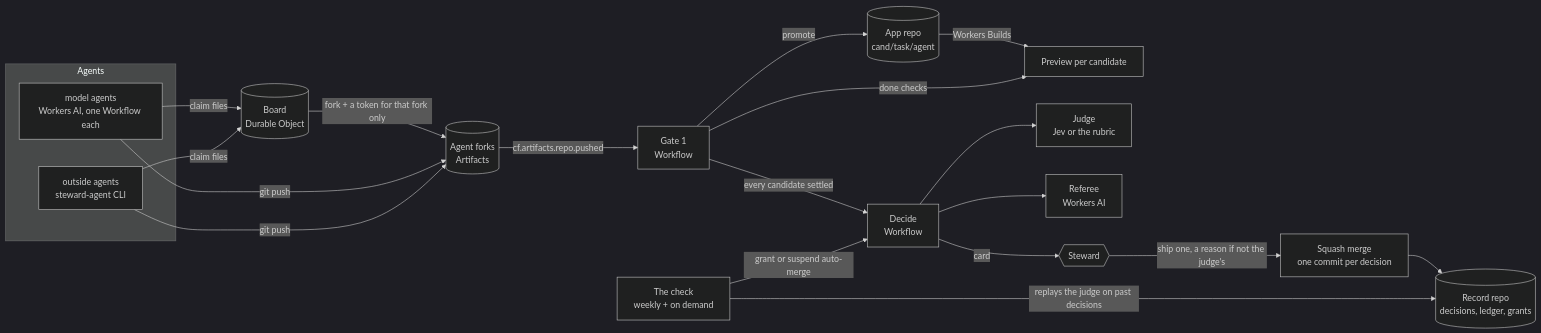
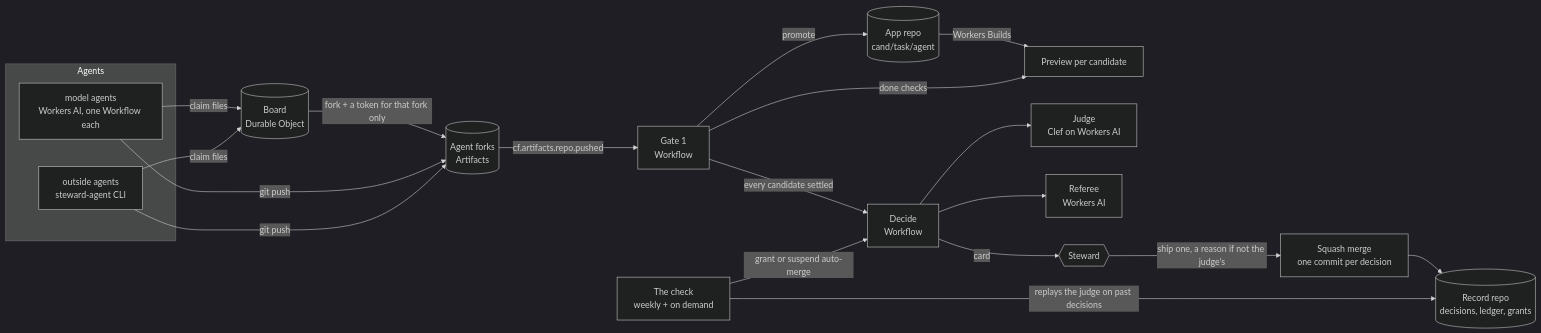
The diagram in README.md (craigm26/steward), drawn with Mermaid (dark theme) before and after one commit. The commit also changed other lines of this file and 7 other files, not shown here.

First line of the commit message:
The judge is Clef, Cloudflare's decision model on Workers AI

````diff
--- a/README.md
+++ b/README.md
@@ -18,22 +18,22 @@
 ```mermaid
 flowchart LR
   subgraph agents [Agents]
     A1[model agents<br/>Workers AI, one Workflow each]
     A2[outside agents<br/>steward-agent CLI]
   end
   A1 & A2 -- claim files --> B[(Board<br/>Durable Object)]
   B -- fork + a token for that fork only --> F[(Agent forks<br/>Artifacts)]
   A1 & A2 -- git push --> F
   F -- cf.artifacts.repo.pushed --> G[Gate 1<br/>Workflow]
   G -- promote --> R[(App repo<br/>cand/task/agent)]
   R -- Workers Builds --> P[Preview per candidate]
   G -- done checks --> P
   G -- every candidate settled --> D[Decide<br/>Workflow]
-  D --> J[Judge<br/>Jev or the rubric]
+  D --> J[Judge<br/>Clef on Workers AI]
   D --> X[Referee<br/>Workers AI]
   D -- card --> S{{Steward}}
   S -- ship one, a reason if not the judge's --> M[Squash merge<br/>one commit per decision]
   M --> L[(Record repo<br/>decisions, ledger, grants)]
   C[The check<br/>weekly + on demand] -- replays the judge on past decisions --> L
   C -- grant or suspend auto-merge --> D
 ```
````
